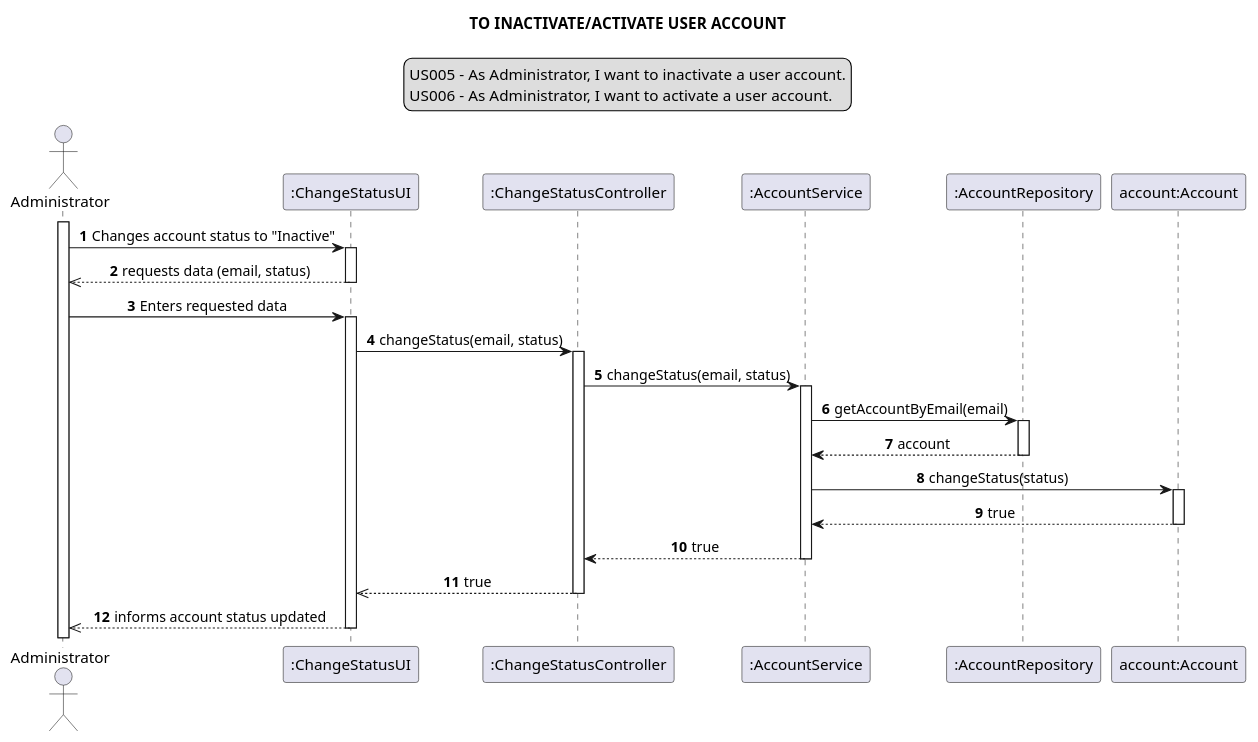
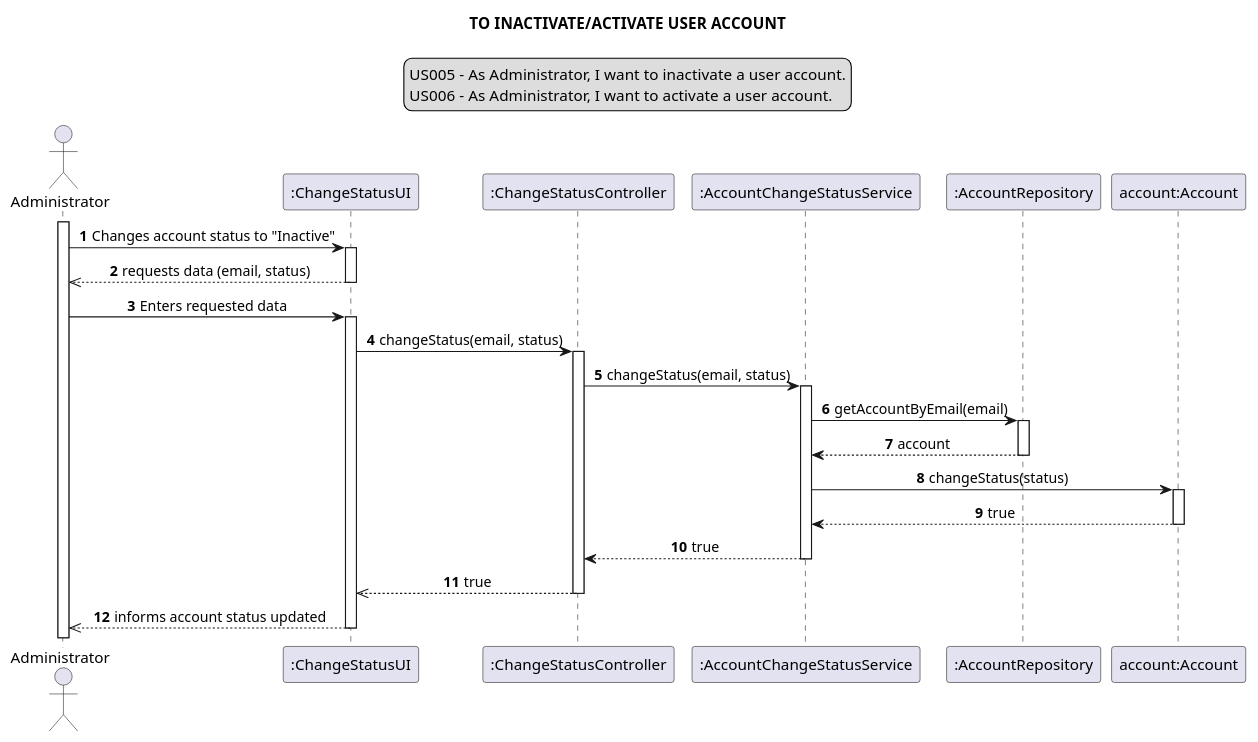
One commit to Loracline/project_switch_22-23 changed the diagram in docs/modelling_design/user_stories/sprint01/us005_us06/US005_US006_sequenceDiagram.puml. Above: the diagram before and after it, drawn with PlantUML. The commit also changed 2 other files, not shown here.

Commit message:
US02,4-6: Design: update of sequence diagrams. addresses #457

```diff
--- a/docs/modelling_design/user_stories/sprint01/us005_us06/US005_US006_sequenceDiagram.puml
+++ b/docs/modelling_design/user_stories/sprint01/us005_us06/US005_US006_sequenceDiagram.puml
@@ -1,45 +1,45 @@
 @startuml
 legend top
 US005 - As Administrator, I want to inactivate a user account.
 US006 - As Administrator, I want to activate a user account.
 end legend
 skinparam sequenceMessageAlign center
 title TO INACTIVATE/ACTIVATE USER ACCOUNT
 autonumber
 actor "Administrator" as administrator
 participant ":ChangeStatusUI" as ui
 participant ":ChangeStatusController" as controller
 
-participant ":AccountService" as service
+participant ":AccountChangeStatusService" as service
 participant ":AccountRepository" as repository
 participant "account:Account" as account
 
 activate administrator
 
 administrator -> ui : Changes account status to "Inactive"
 activate ui
 ui -->> administrator: requests data (email, status)
 deactivate ui
 administrator -> ui: Enters requested data
 activate ui
 ui -> controller: changeStatus(email, status)
 activate controller
 controller -> service: changeStatus(email, status)
 activate service
 service-> repository: getAccountByEmail(email)
 activate repository
 repository --> service: account
 deactivate repository
 service -> account: changeStatus(status)
 activate account
 service <-- account: true
 deactivate account
 deactivate repository
 service --> controller: true
 deactivate service
 controller -->> ui: true
 deactivate controller
 ui -->> administrator: informs account status updated
 deactivate ui
 
 @enduml
```
